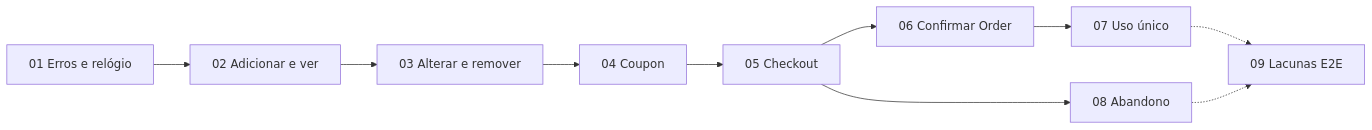
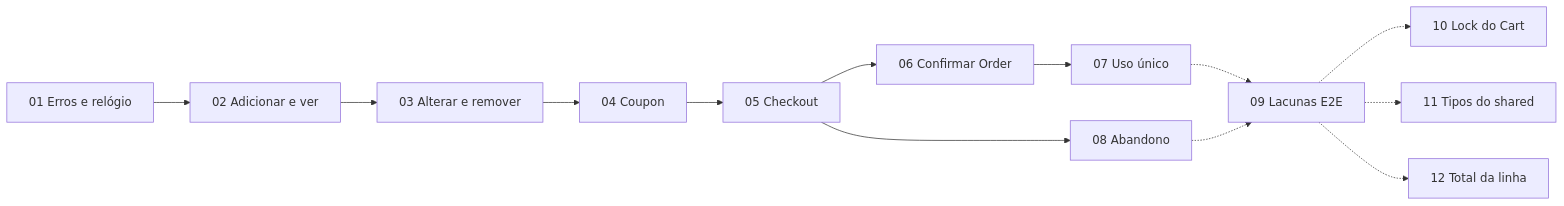
One commit to jvmdo/aigile-ecommerce changed the diagram in docs/carrinho/blueprint-carrinho.md. Above: the diagram before and after it, drawn with Mermaid. The commit also changed other lines of this file and 3 other files, not shown here.

````diff
--- a/docs/carrinho/blueprint-carrinho.md
+++ b/docs/carrinho/blueprint-carrinho.md
@@ -21,12 +24,15 @@
 ```mermaid
 graph LR
     T01[01 Erros e relógio] --> T02[02 Adicionar e ver]
     T02 --> T03[03 Alterar e remover]
     T03 --> T04[04 Coupon]
     T04 --> T05[05 Checkout]
     T05 --> T06[06 Confirmar Order]
     T06 --> T07[07 Uso único]
     T05 --> T08[08 Abandono]
     T07 -.-> T09[09 Lacunas E2E]
+    T09 -.-> T10[10 Lock do Cart]
+    T09 -.-> T11[11 Tipos do shared]
+    T09 -.-> T12[12 Total da linha]
     T08 -.-> T09
 ```
````
